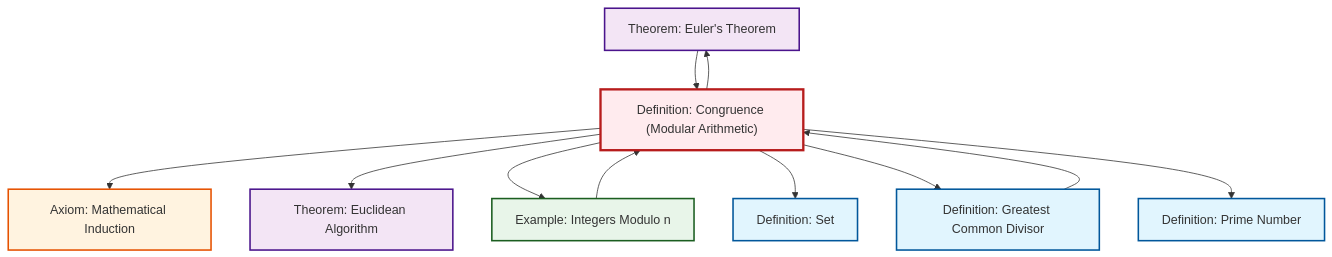
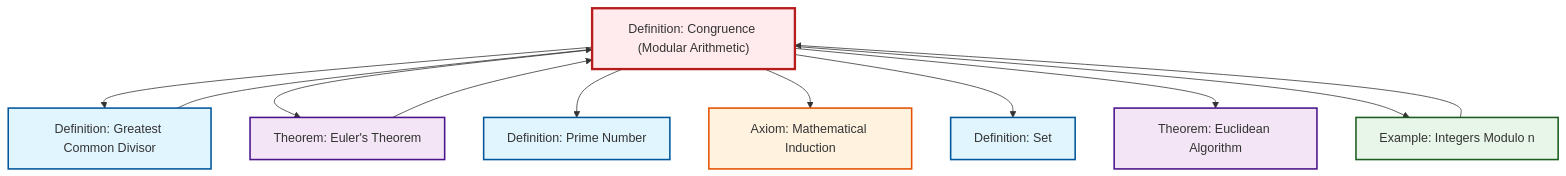
Before and after one commit to RK0429/ModernMath: the diagram in output/mermaid/def-congruence.mermaid, drawn with Mermaid. The commit also changed other lines of this file and 1312 other files, not shown here.

```diff
--- a/output/mermaid/def-congruence.mermaid
+++ b/output/mermaid/def-congruence.mermaid
@@ -1,26 +1,26 @@
 %%| fig-cap: "Local dependency graph"
 graph TD
     classDef definition fill:#e1f5fe,stroke:#01579b,stroke-width:2px
     classDef theorem fill:#f3e5f5,stroke:#4a148c,stroke-width:2px
     classDef axiom fill:#fff3e0,stroke:#e65100,stroke-width:2px
     classDef example fill:#e8f5e9,stroke:#1b5e20,stroke-width:2px
     classDef current fill:#ffebee,stroke:#b71c1c,stroke-width:3px
+    ax-induction["Axiom: Mathematical Induction"]:::axiom
+    def-congruence["Definition: Congruence (Modular Arithmetic)"]:::definition
     thm-euler["Theorem: Euler's Theorem"]:::theorem
+    thm-euclidean-algorithm["Theorem: Euclidean Algorithm"]:::theorem
+    ex-quotient-integers-mod-n["Example: Integers Modulo n"]:::example
+    def-prime["Definition: Prime Number"]:::definition
     def-gcd["Definition: Greatest Common Divisor"]:::definition
-    ex-quotient-integers-mod-n["Example: Integers Modulo n"]:::example
-    def-congruence["Definition: Congruence (Modular Arithmetic)"]:::definition
     def-set["Definition: Set"]:::definition
-    ax-induction["Axiom: Mathematical Induction"]:::axiom
-    def-prime["Definition: Prime Number"]:::definition
-    thm-euclidean-algorithm["Theorem: Euclidean Algorithm"]:::theorem
+    ex-quotient-integers-mod-n --> def-congruence
+    def-congruence --> def-gcd
+    def-congruence --> thm-euler
     def-gcd --> def-congruence
+    def-congruence --> def-prime
     def-congruence --> ax-induction
+    thm-euler --> def-congruence
+    def-congruence --> def-set
     def-congruence --> thm-euclidean-algorithm
     def-congruence --> ex-quotient-integers-mod-n
-    def-congruence --> thm-euler
-    thm-euler --> def-congruence
-    def-congruence --> def-set
-    def-congruence --> def-gcd
-    def-congruence --> def-prime
-    ex-quotient-integers-mod-n --> def-congruence
     class def-congruence current
```
